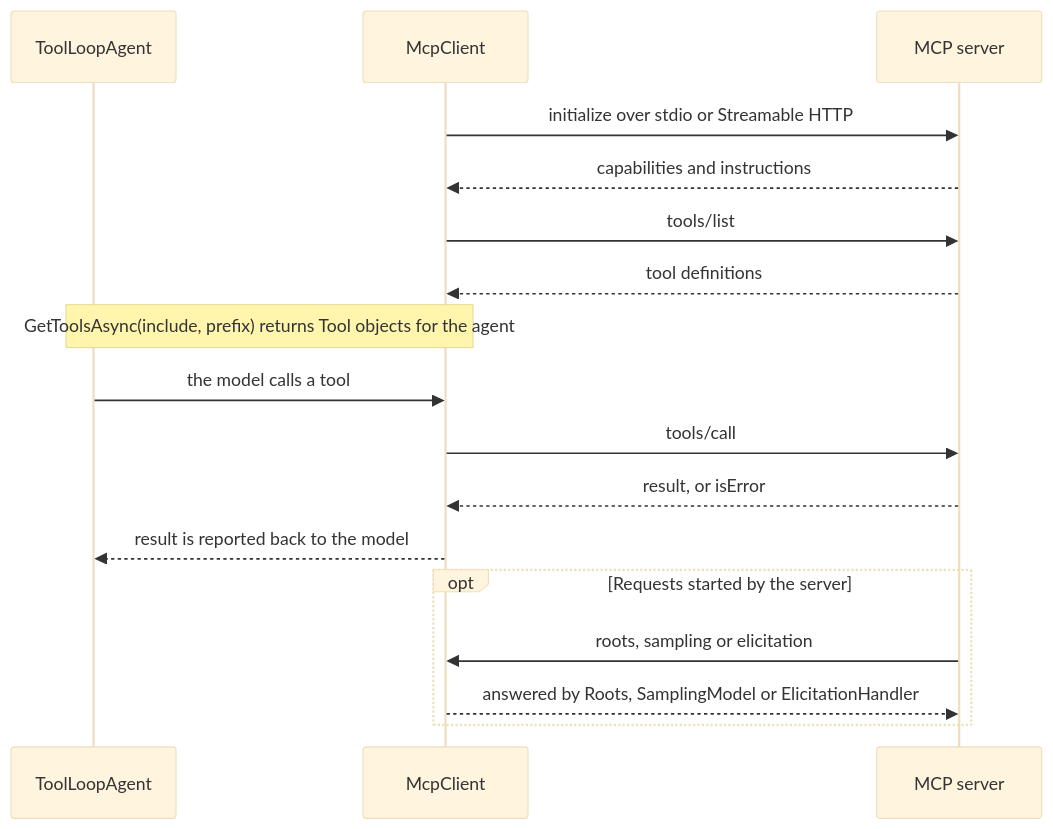
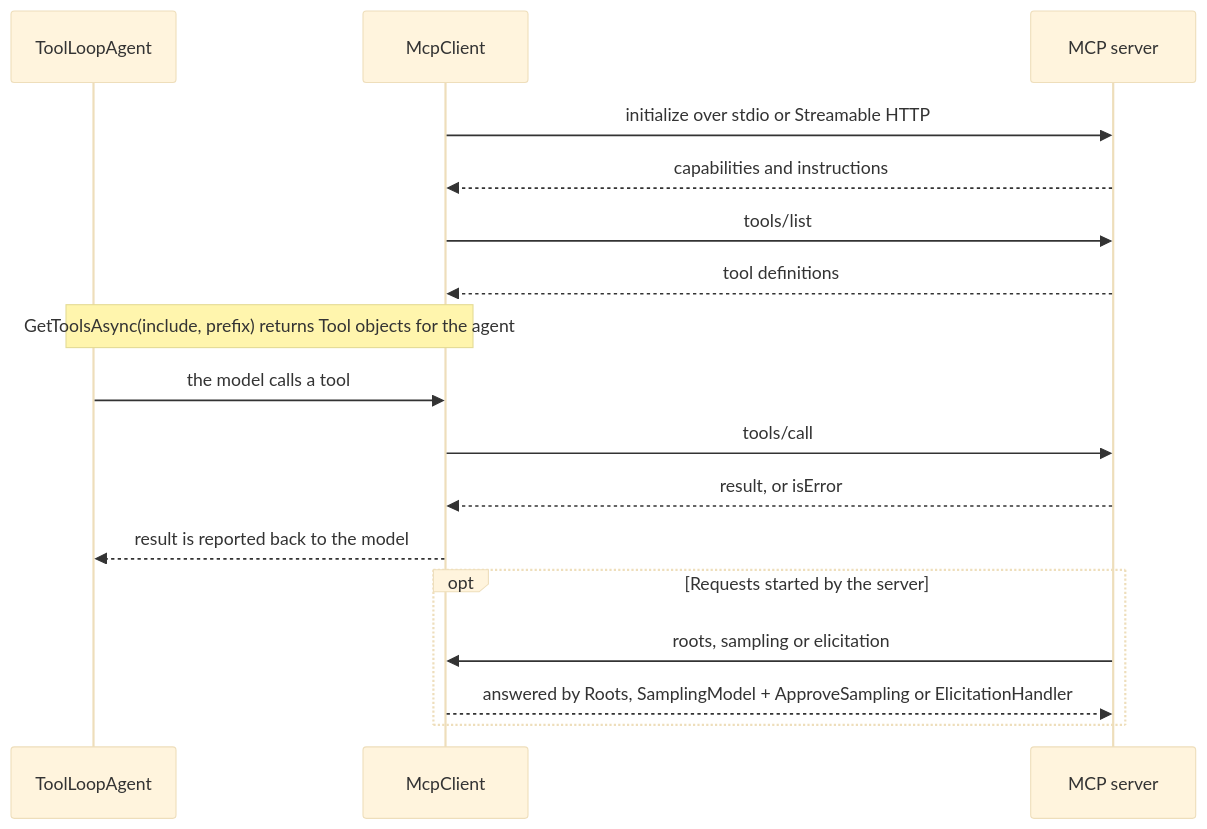
One commit to bluesmilecl/AiSdk.Net changed the diagram in docs/wiki/MCP.md. Above: the diagram before and after it, drawn with Mermaid (base theme). The commit also changed other lines of this file and 3 other files, not shown here.

````diff
--- a/docs/wiki/MCP.md
+++ b/docs/wiki/MCP.md
@@ -5,19 +5,19 @@
 ```mermaid
 sequenceDiagram
     participant Agent as ToolLoopAgent
     participant Client as McpClient
     participant Server as MCP server
     Client->>Server: initialize over stdio or Streamable HTTP
     Server-->>Client: capabilities and instructions
     Client->>Server: tools/list
     Server-->>Client: tool definitions
     Note over Agent,Client: GetToolsAsync(include, prefix) returns Tool objects for the agent
     Agent->>Client: the model calls a tool
     Client->>Server: tools/call
     Server-->>Client: result, or isError
     Client-->>Agent: result is reported back to the model
     opt Requests started by the server
         Server->>Client: roots, sampling or elicitation
-        Client-->>Server: answered by Roots, SamplingModel or ElicitationHandler
+        Client-->>Server: answered by Roots, SamplingModel + ApproveSampling or ElicitationHandler
     end
 ```
````
